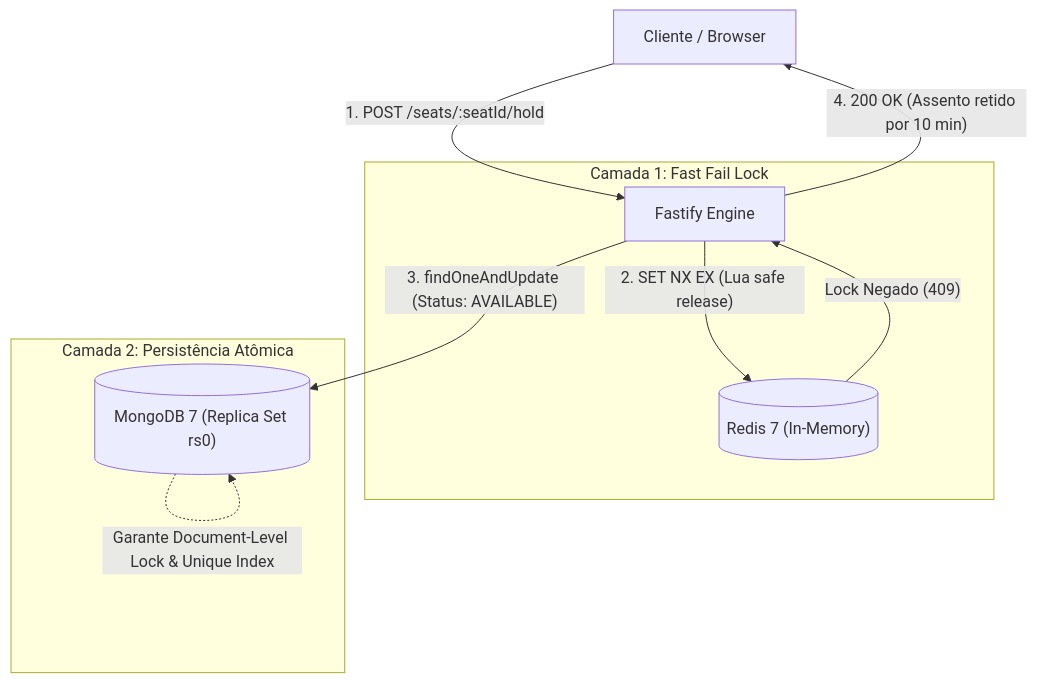
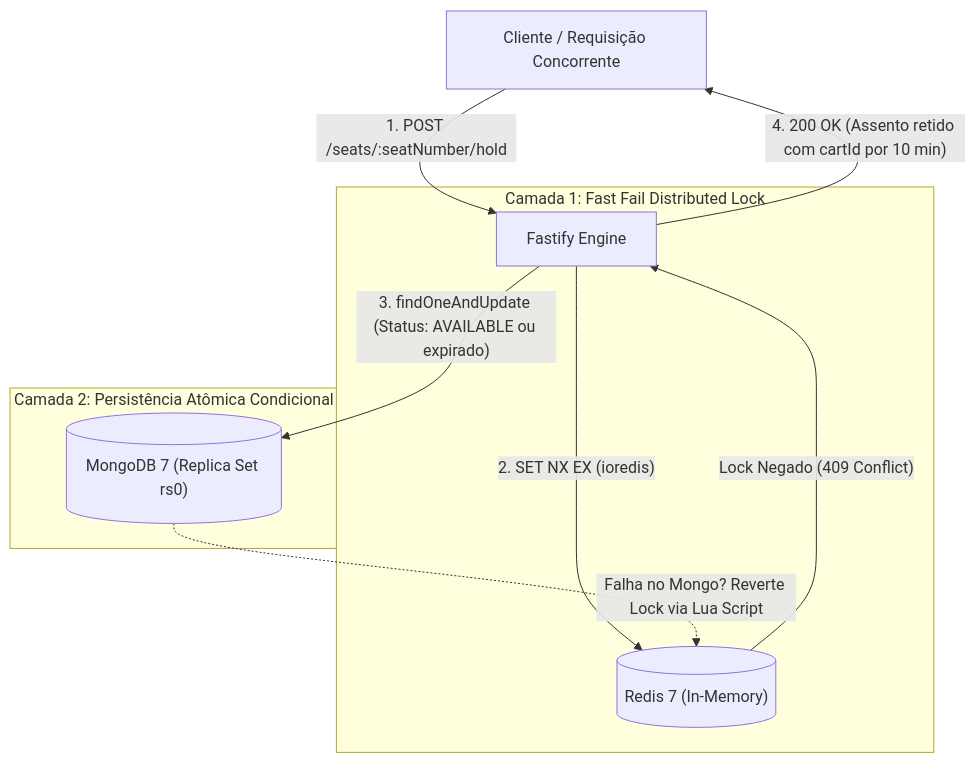
Before and after one commit to rparana/poc-asaas: the diagram in README.md, drawn with Mermaid. The commit also changed other lines of this file and 10 other files, not shown here.

Commit message:
feat: implement seat management use cases, routes, and redis locking service

````diff
--- a/README.md
+++ b/README.md
@@ -16,16 +17,16 @@
 ```mermaid
 flowchart TD
-    Client["Cliente / Browser"] -->|"1. POST /seats/:seatId/hold"| API["Fastify Engine"]
+    Client["Cliente / Requisição Concorrente"] -->|"1. POST /seats/:seatNumber/hold"| API["Fastify Engine"]
     
-    subgraph Camada 1: Fast Fail Lock
-        API -->|"2. SET NX EX (Lua safe release)"| Redis[("Redis 7 (In-Memory)")]
-        Redis -- "Lock Negado (409)" --> API
+    subgraph Camada 1: Fast Fail Distributed Lock
+        API -->|"2. SET NX EX (ioredis)"| Redis[("Redis 7 (In-Memory)")]
+        Redis -- "Lock Negado (409 Conflict)" --> API
     end
 
-    subgraph Camada 2: Persistência Atômica
-        API -->|"3. findOneAndUpdate (Status: AVAILABLE)"| Mongo[("MongoDB 7 (Replica Set rs0)")]
-        Mongo -. "Garante Document-Level Lock & Unique Index" .-> Mongo
+    subgraph Camada 2: Persistência Atômica Condicional
+        API -->|"3. findOneAndUpdate (Status: AVAILABLE ou expirado)"| Mongo[("MongoDB 7 (Replica Set rs0)")]
+        Mongo -. "Falha no Mongo? Reverte Lock via Lua Script" .-> Redis
     end
 
-    API -->|"4. 200 OK (Assento retido por 10 min)"| Client
+    API -->|"4. 200 OK (Assento retido com cartId por 10 min)"| Client
 ```
````
